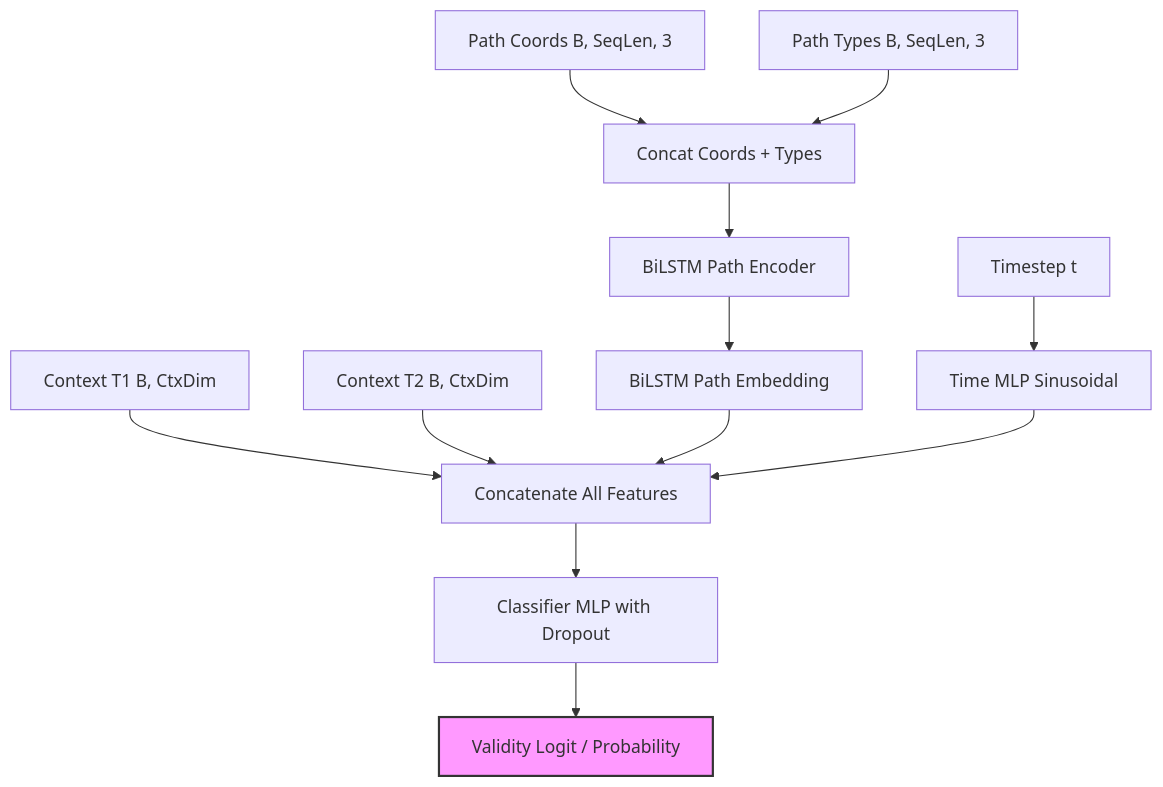
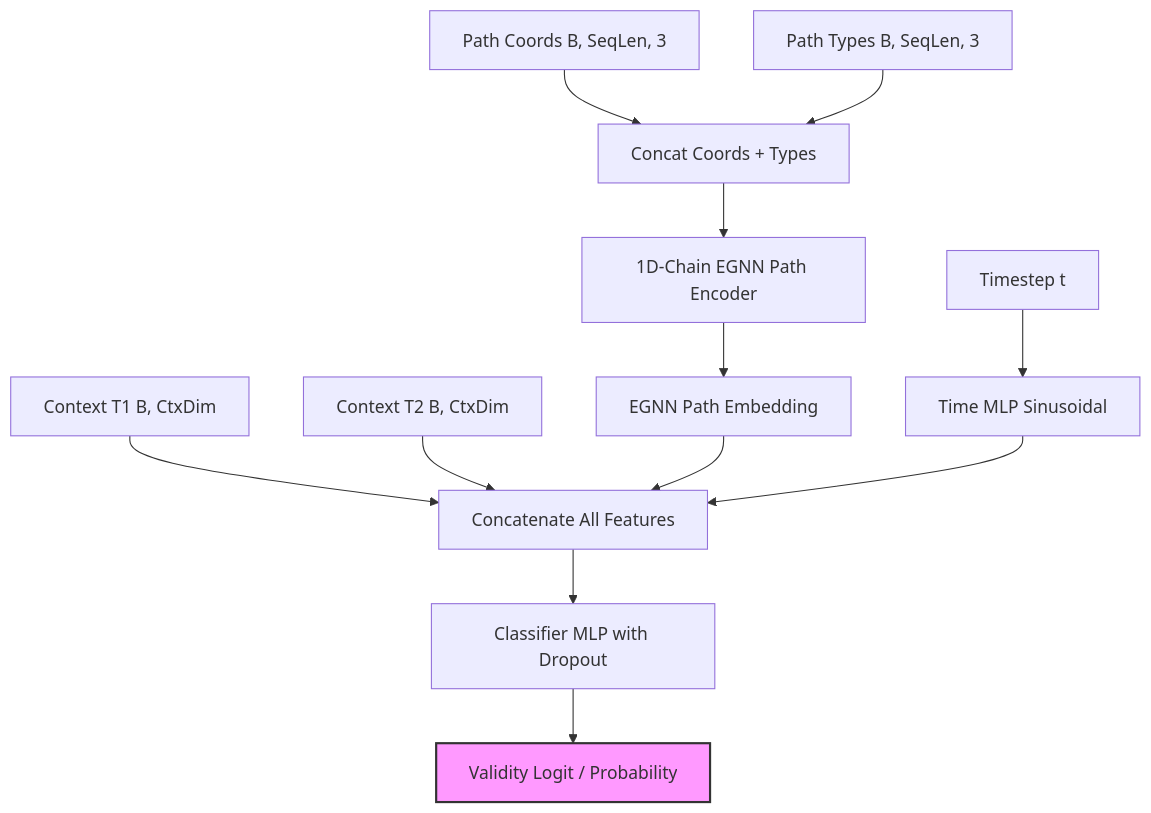
One commit to samik1986/NeuroDiffusion changed the fourth of 5 diagrams in architecture.md. Above: the diagram before and after it, drawn with Mermaid. The commit also changed other lines of this file and 13 other files, not shown here.

````diff
--- a/architecture.md
+++ b/architecture.md
@@ -104,21 +122,21 @@
 ```mermaid
 graph TD
     %% Inputs
     T1[Context T1 B, CtxDim] --> ConcatAll
     T2[Context T2 B, CtxDim] --> ConcatAll
     PathC[Path Coords B, SeqLen, 3] --> ConcatPath
     PathT[Path Types B, SeqLen, 3] --> ConcatPath
     T[Timestep t] --> TimeMLP[Time MLP Sinusoidal]
     
     %% Processing
-    ConcatPath[Concat Coords + Types] --> BiLSTM[BiLSTM Path Encoder]
-    BiLSTM --> PathEmb[BiLSTM Path Embedding]
+    ConcatPath[Concat Coords + Types] --> EGNN[1D-Chain EGNN Path Encoder]
+    EGNN --> PathEmb[EGNN Path Embedding]
     
     PathEmb --> ConcatAll[Concatenate All Features]
     TimeMLP --> ConcatAll
     
     ConcatAll --> Classifier[Classifier MLP with Dropout]
     Classifier --> Logit[Validity Logit / Probability]
     
     style Logit fill:#f9f,stroke:#333,stroke-width:2px
 ```
````
